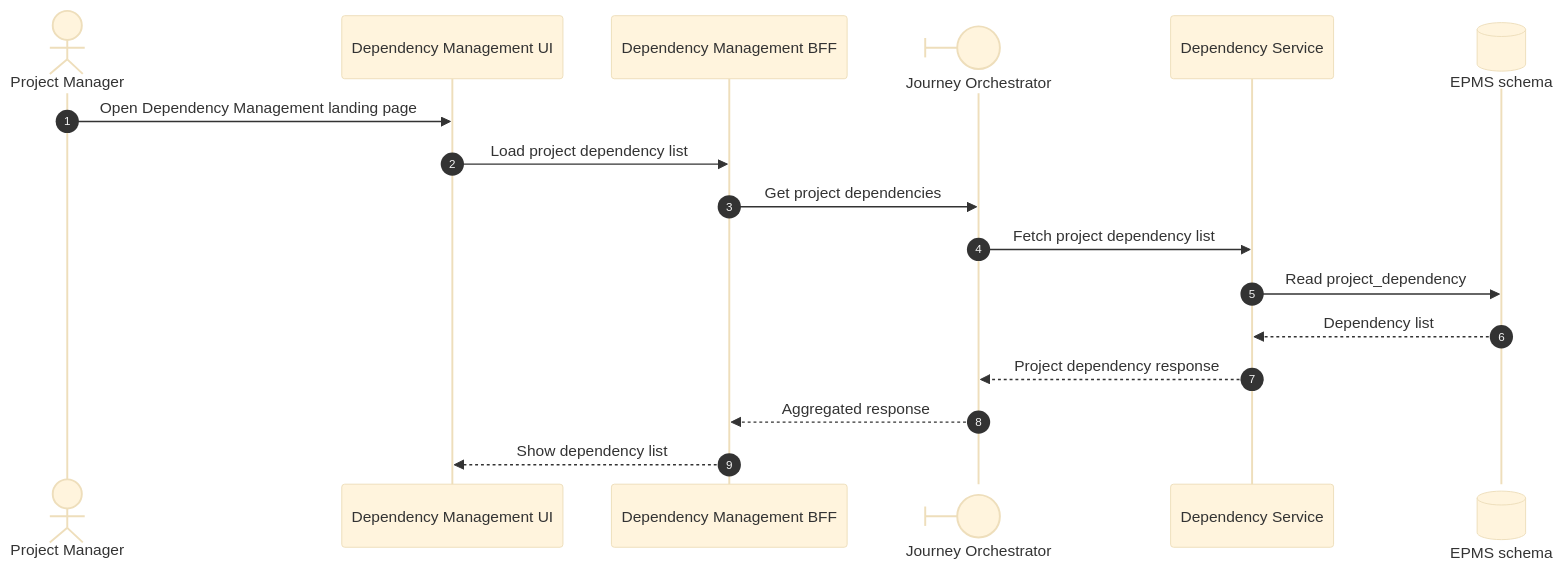
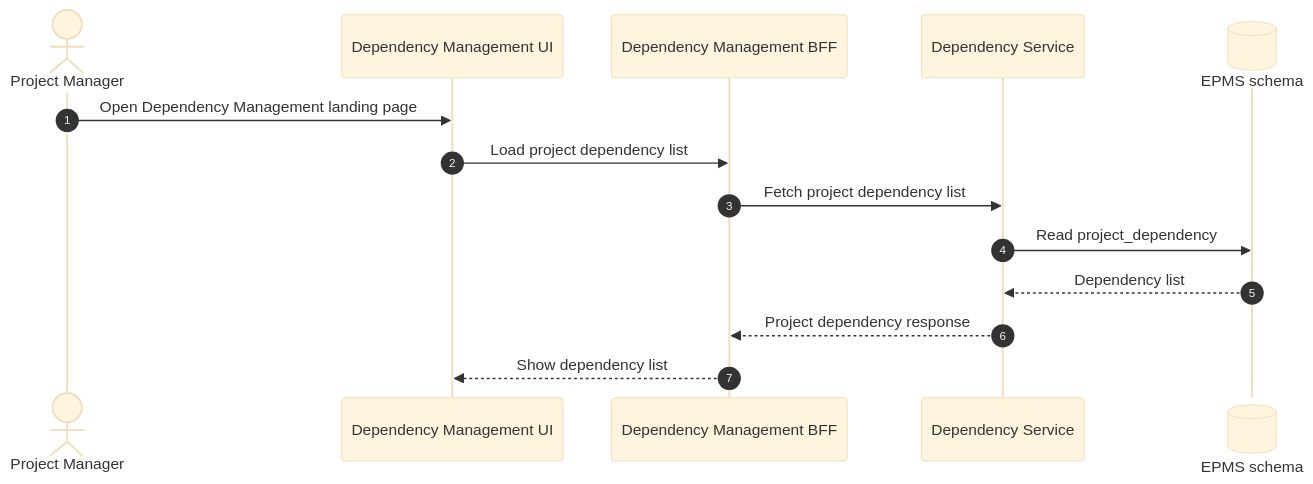
The diagram in 02 Solution Architecture/diagrams/Execution/View Dependency Dashboard.mmd (sougata2000/epms), drawn with Mermaid before and after one commit. The commit also changed 41 other files, not shown here.

```diff
--- a/02 Solution Architecture/diagrams/Execution/View Dependency Dashboard.mmd
+++ b/02 Solution Architecture/diagrams/Execution/View Dependency Dashboard.mmd
@@ -1,25 +1,23 @@
 ---
 config:
   sequence: {}
   theme: base
 ---
 %%{init: {'flowchart': {'compactMode': true}}}%%
 sequenceDiagram
 autonumber
 actor PM as Project Manager
 
 participant UI as Dependency Management UI
 participant BFF as Dependency Management BFF
-participant ORCH@{ "type":"boundary", "alias":"Journey Orchestrator"}
+%%participant ORCH@{ "type":"boundary", "alias":"Journey Orchestrator"}
 participant DEP as Dependency Service
 participant READDB@{ "type": "database", "alias": "EPMS schema"}
 
 PM->>UI: Open Dependency Management landing page
 UI->>BFF: Load project dependency list
-BFF->>ORCH: Get project dependencies
-ORCH->>DEP: Fetch project dependency list
+BFF->>DEP: Fetch project dependency list
 DEP->>READDB: Read project_dependency
 READDB-->>DEP: Dependency list
-DEP-->>ORCH: Project dependency response
-ORCH-->>BFF: Aggregated response
+DEP-->>BFF: Project dependency response
 BFF-->>UI: Show dependency list
```
